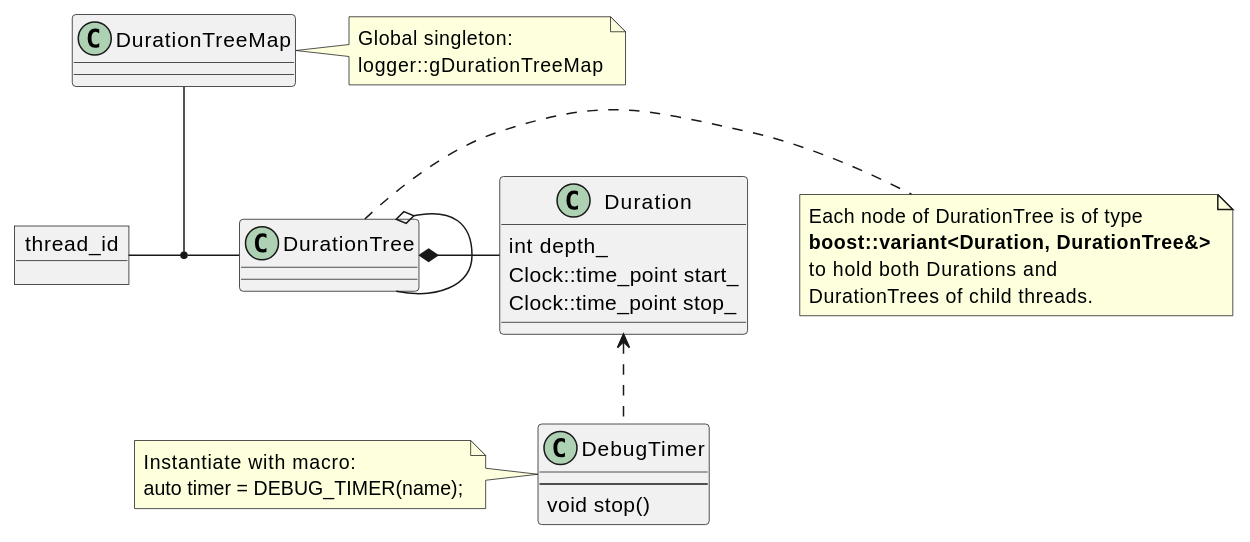
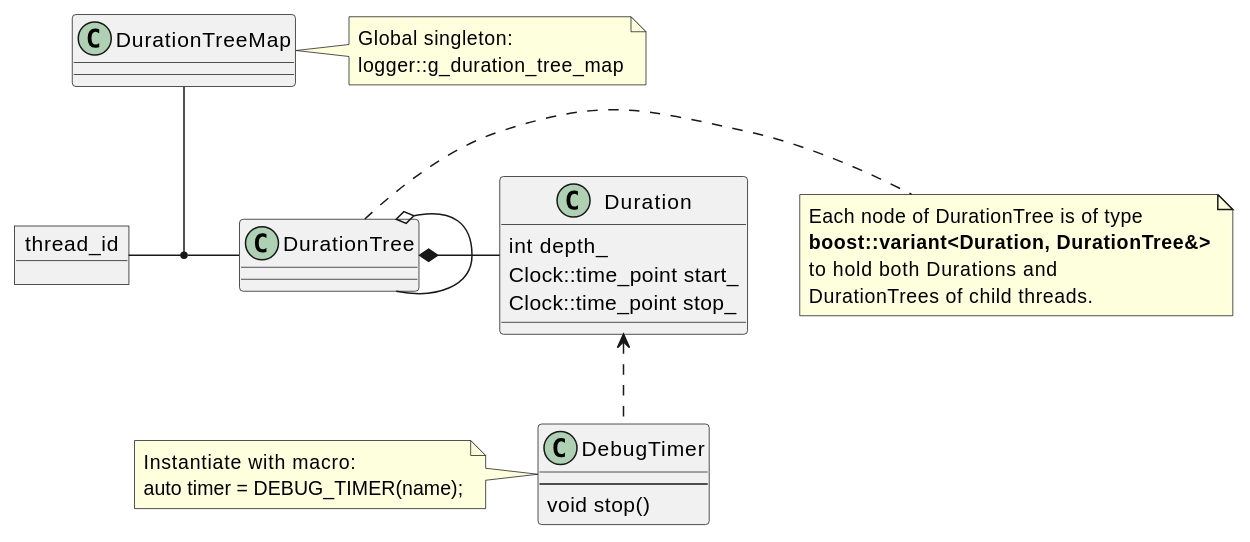
The diagram in docs/source/components/logger.rst (heavyai/heavydb), drawn with PlantUML before and after one commit. The commit also changed other lines of this file and 3 other files, not shown here.

```diff
--- a/docs/source/components/logger.rst
+++ b/docs/source/components/logger.rst
@@ -343,25 +349,25 @@
 .. uml::
     :align: center
 
     @startuml
     object thread_id
     class DurationTree
     note right: Each node of DurationTree is of type\n**boost::variant<Duration, DurationTree&>**\nto hold both Durations and\nDurationTrees of child threads.
     class DurationTreeMap
-    note right: Global singleton:\nlogger::gDurationTreeMap
+    note right: Global singleton:\nlogger::g_duration_tree_map
     class Duration {
       int depth_
       Clock::time_point start_
       Clock::time_point stop_
     }
     thread_id - DurationTree
     DurationTreeMap -- (thread_id, DurationTree)
     DurationTree o- DurationTree
     DurationTree *- Duration
     class DebugTimer {
       ---
       void stop()
     }
     note left: Instantiate with macro:\nauto timer = DEBUG_TIMER(name);
     Duration <.. DebugTimer
     @enduml
```
